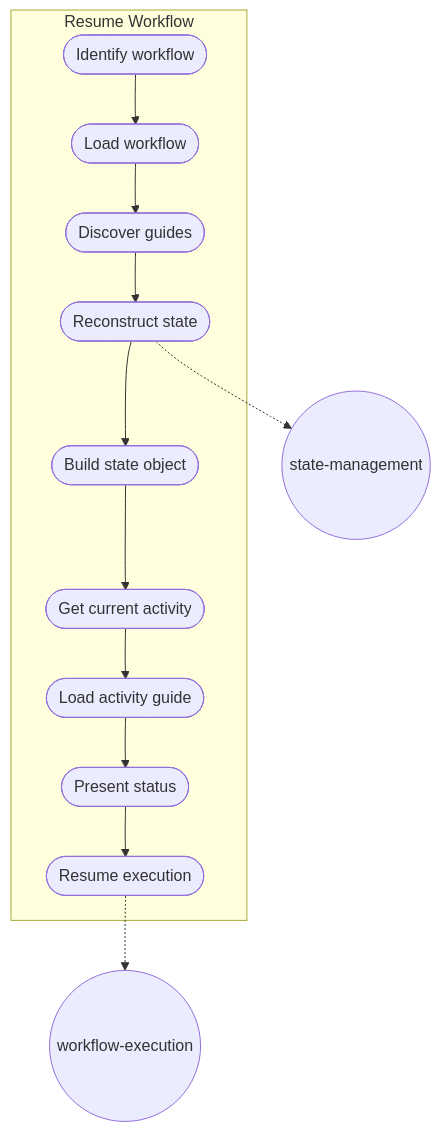
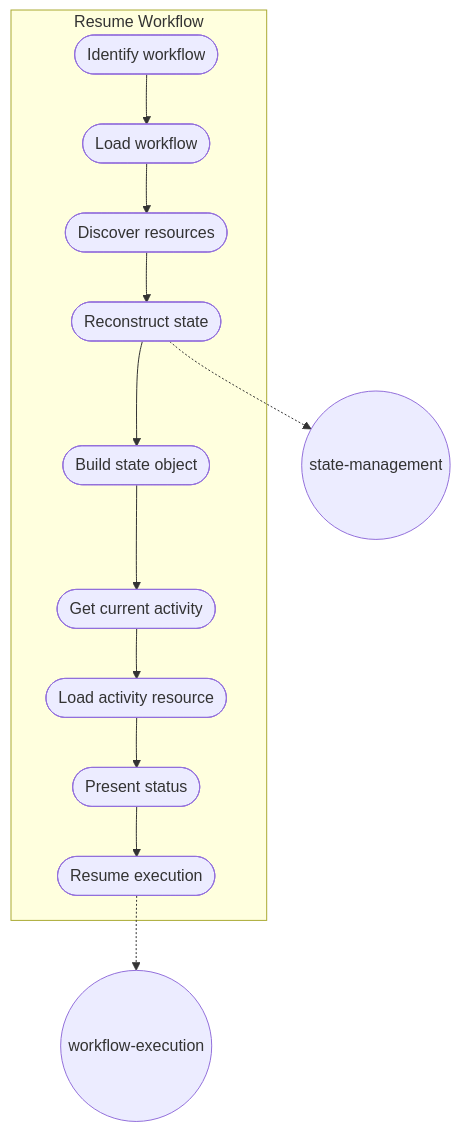
Before and after one commit to m2ux/workflow-server: the third of 4 diagrams in meta/README.md, drawn with Mermaid. The commit also changed other lines of this file and 4 other files, not shown here.

Commit message:
refactor: rename guides to resources in meta workflow

````diff
--- a/meta/README.md
+++ b/meta/README.md
@@ -96,22 +96,22 @@
 ```mermaid
 graph TD
     subgraph resume-workflow[Resume Workflow]
         r1([Identify workflow])
         r2([Load workflow])
-        r3([Discover guides])
+        r3([Discover resources])
         r4([Reconstruct state])
         r5([Build state object])
         r6([Get current activity])
-        r7([Load activity guide])
+        r7([Load activity resource])
         r8([Present status])
         r9([Resume execution])
         
         r1 --> r2 --> r3 --> r4 --> r5 --> r6 --> r7 --> r8 --> r9
     end
     
     skill1((workflow-execution))
     skill3((state-management))
     
     r4 -.-> skill3
     r9 -.-> skill1
 ```
````
